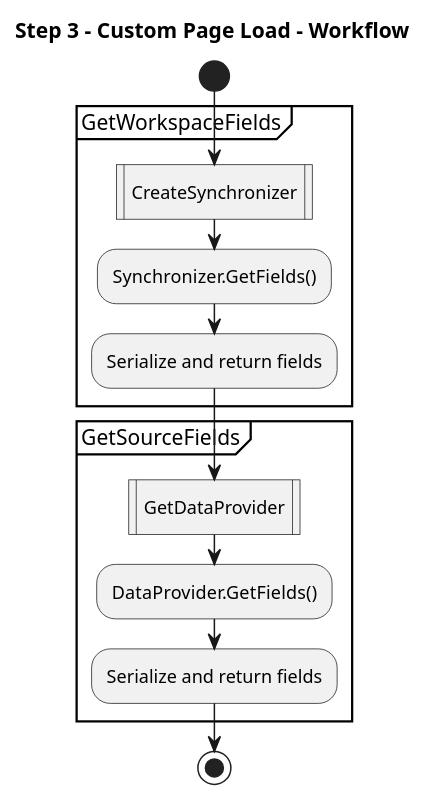
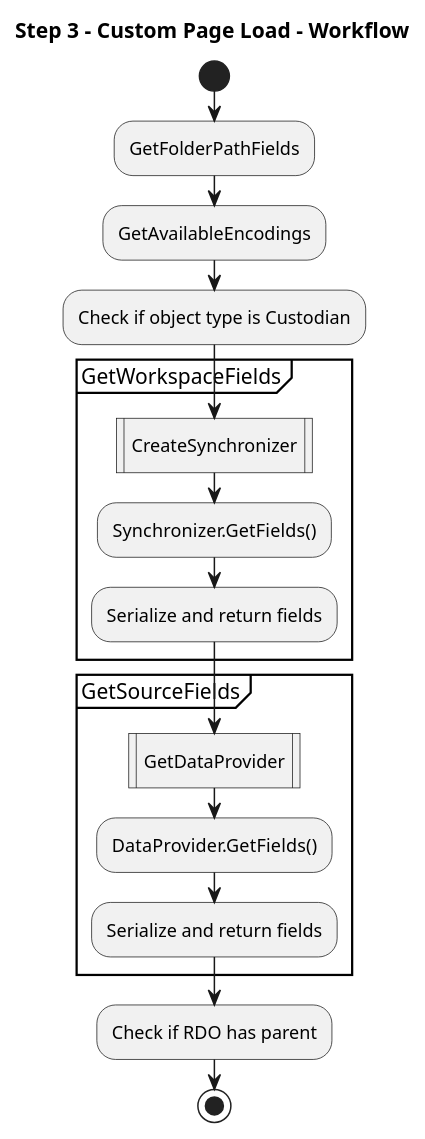
The diagram in documentation/Step3CustomPageLoad.pu (relativityone/server-integrationpoints-integrationpoints), drawn with PlantUML before and after one commit.

Commit message:
Completed Step 3 diagram
--HG--
branch : feature-UrsaMinor

```diff
--- a/documentation/Step3CustomPageLoad.pu
+++ b/documentation/Step3CustomPageLoad.pu
@@ -1,21 +1,27 @@
 @startuml
 
 title Step 3 - Custom Page Load - Workflow
 
 start
+
+:GetFolderPathFields;
+:GetAvailableEncodings;
+:Check if object type is Custodian;
 
 partition GetWorkspaceFields {
     :CreateSynchronizer|
     :Synchronizer.GetFields();
     :Serialize and return fields;
 }
 
 partition GetSourceFields {
     :GetDataProvider|
     :DataProvider.GetFields();
     :Serialize and return fields;
 }
 
+:Check if RDO has parent;
+
 stop
 
 @enduml
```
